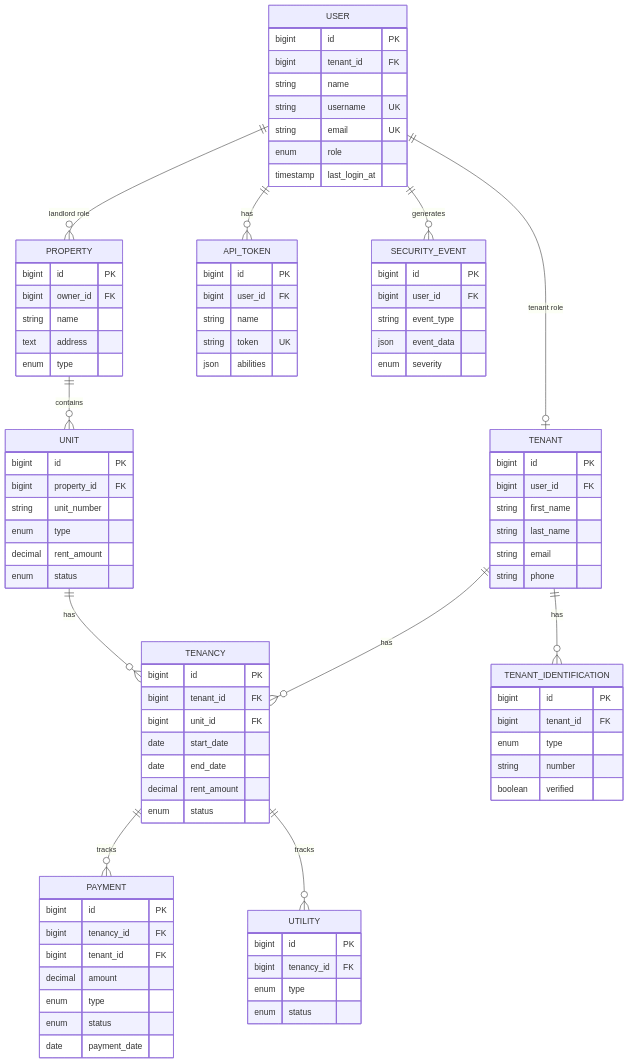
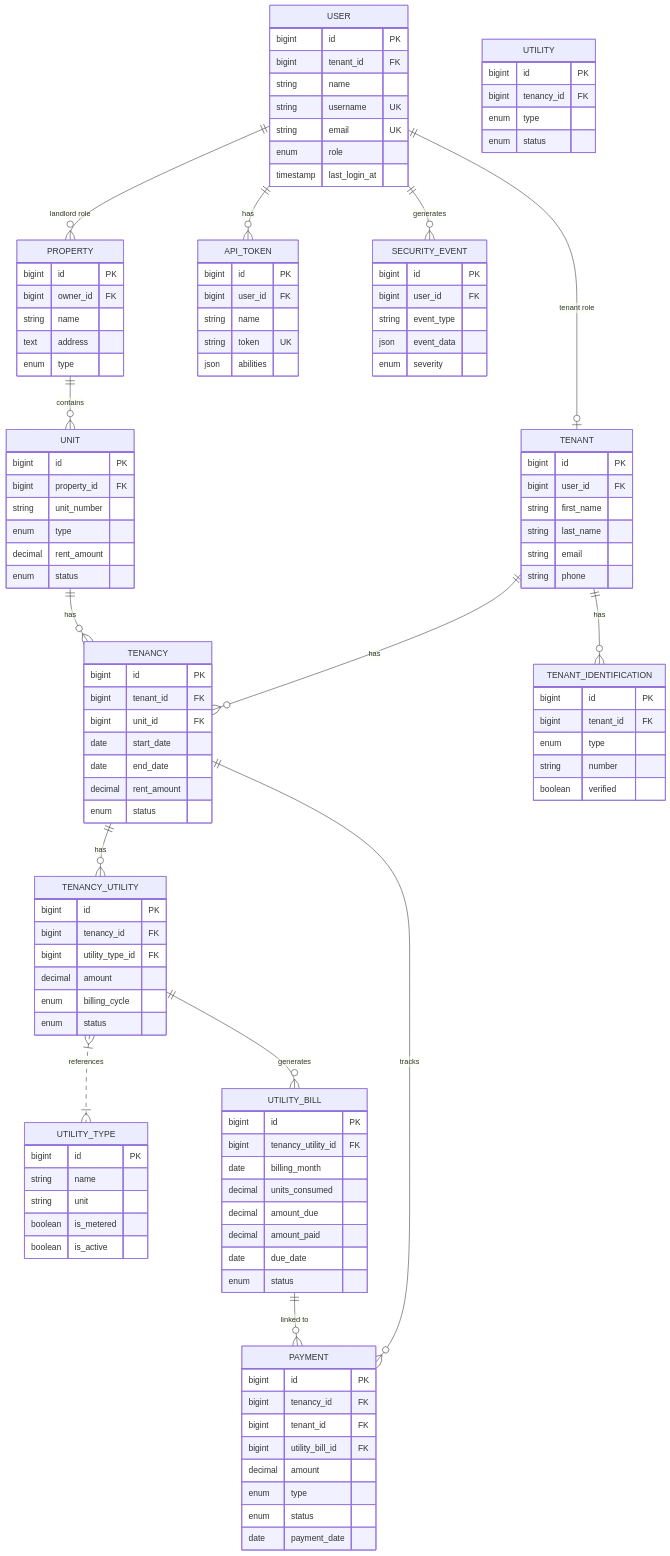
The second of 2 diagrams in docs/projectsummary/DATABASE_SCHEMA.md (luisosena/estate), drawn with Mermaid before and after one commit. The commit also changed other lines of this file and 2 other files, not shown here.

````diff
--- a/docs/projectsummary/DATABASE_SCHEMA.md
+++ b/docs/projectsummary/DATABASE_SCHEMA.md
@@ -556,10 +702,39 @@
         bigint id PK
         bigint tenancy_id FK
         bigint tenant_id FK
+        bigint utility_bill_id FK
         decimal amount
         enum type
         enum status
         date payment_date
+    }
+    
+    UTILITY_TYPE {
+        bigint id PK
+        string name
+        string unit
+        boolean is_metered
+        boolean is_active
+    }
+    
+    TENANCY_UTILITY {
+        bigint id PK
+        bigint tenancy_id FK
+        bigint utility_type_id FK
+        decimal amount
+        enum billing_cycle
+        enum status
+    }
+    
+    UTILITY_BILL {
+        bigint id PK
+        bigint tenancy_utility_id FK
+        date billing_month
+        decimal units_consumed
+        decimal amount_due
+        decimal amount_paid
+        date due_date
+        enum status
     }
     
     UTILITY {
@@ -602,5 +777,8 @@
     PROPERTY ||--o{ UNIT : "contains"
     UNIT ||--o{ TENANCY : "has"
     TENANCY ||--o{ PAYMENT : "tracks"
-    TENANCY ||--o{ UTILITY : "tracks"
+    TENANCY ||--o{ TENANCY_UTILITY : "has"
+    TENANCY_UTILITY }|..|{ UTILITY_TYPE : "references"
+    TENANCY_UTILITY ||--o{ UTILITY_BILL : "generates"
+    UTILITY_BILL ||--o{ PAYMENT : "linked to"
 ```
````
